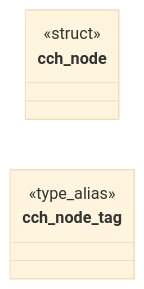
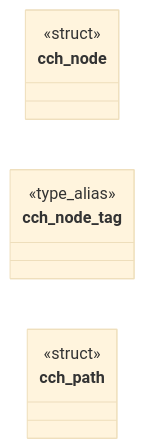
Before and after one commit to grisuno/FreeDom: the first of 2 diagrams in readmenator-apidocs/modules/src.css_chain.c.md, drawn with Mermaid (base theme). The commit also changed other lines of this file and 205 other files, not shown here.

````diff
--- a/readmenator-apidocs/modules/src.css_chain.c.md
+++ b/readmenator-apidocs/modules/src.css_chain.c.md
@@ -13,8 +13,10 @@
 ```mermaid
 classDiagram
     direction LR
     class cch_node
     <<struct>> cch_node
     class cch_node_tag
     <<type_alias>> cch_node_tag
+    class cch_path
+    <<struct>> cch_path
 ```
````
